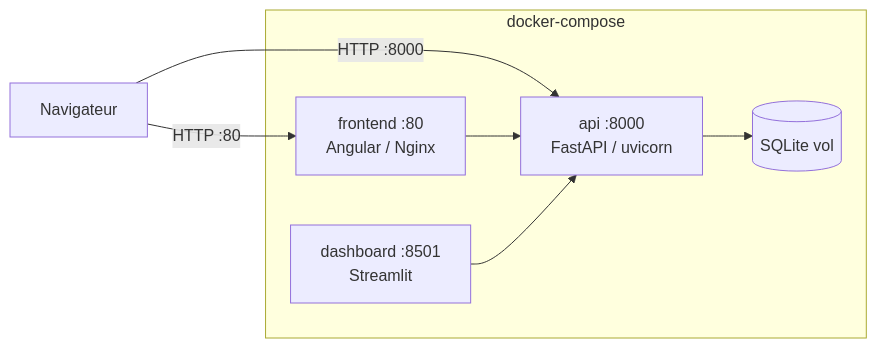
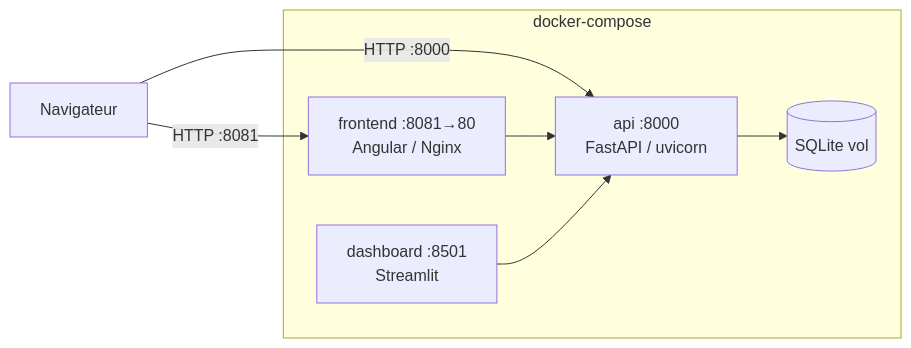
The diagram in helpdesk-ai/DEPLOYMENT.md (Touka-Amine/helpdesk-ai), drawn with Mermaid before and after one commit. The commit also changed other lines of this file and 22 other files, not shown here.

````diff
--- a/helpdesk-ai/DEPLOYMENT.md
+++ b/helpdesk-ai/DEPLOYMENT.md
@@ -10,15 +10,15 @@
 ```mermaid
 flowchart LR
   subgraph docker-compose
-    front["frontend :80\nAngular / Nginx"]
+    front["frontend :8081→80\nAngular / Nginx"]
     api["api :8000\nFastAPI / uvicorn"]
     dash["dashboard :8501\nStreamlit"]
     vol[(SQLite vol)]
   end
 
-  Navigateur -->|HTTP :80| front
+  Navigateur -->|HTTP :8081| front
   Navigateur -->|HTTP :8000| api
   front --> api
   dash --> api
   api --> vol
 ```
````
